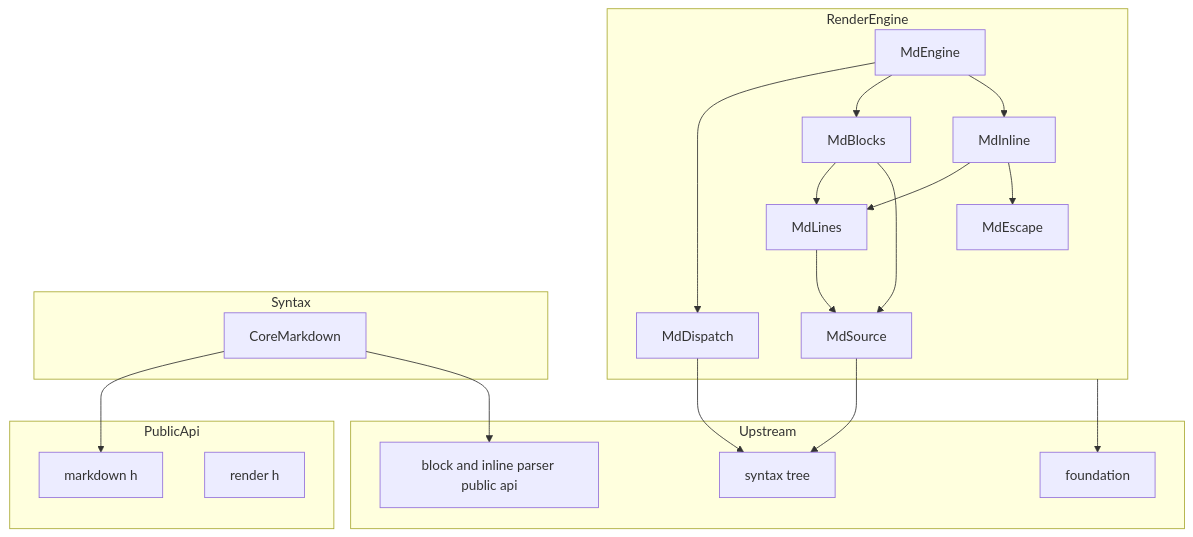
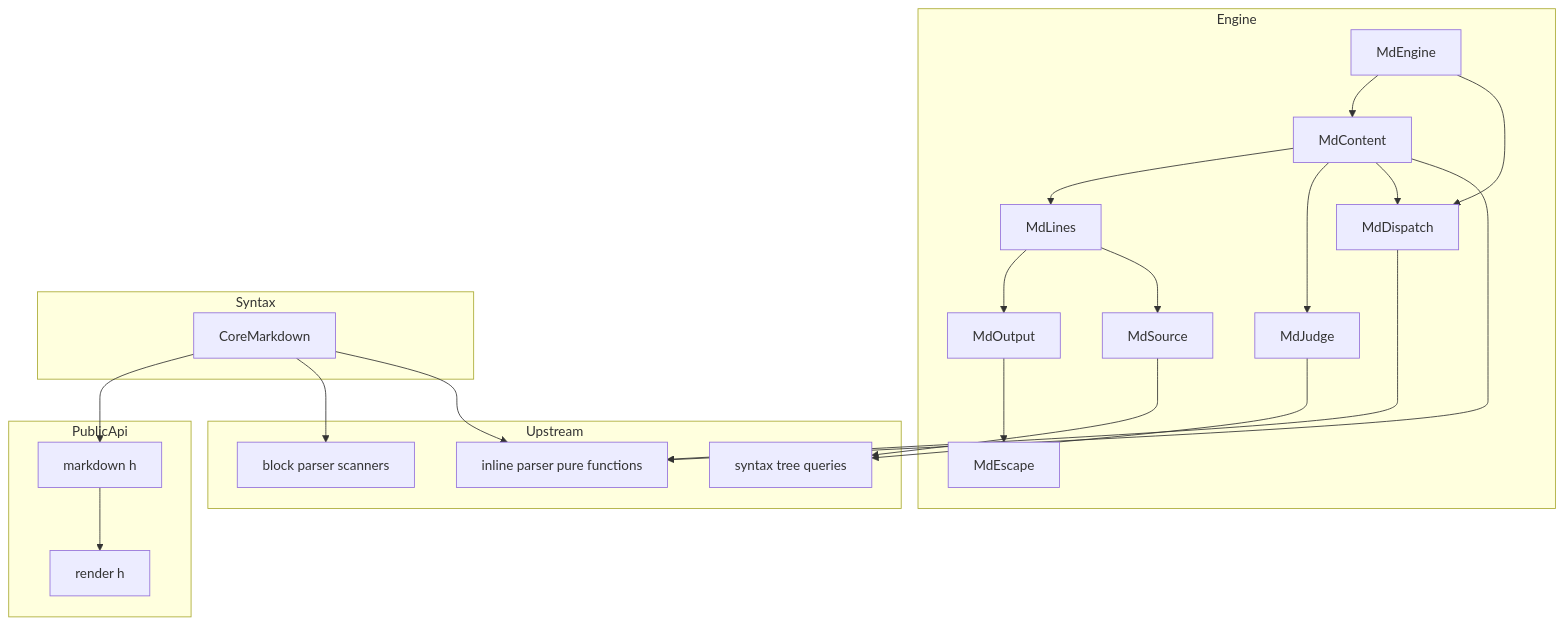
One commit to ktdevx/amark-private2 changed the first of 6 diagrams in .kiro/specs/markdown-renderer/design.md. Above: the diagram before and after it, drawn with Mermaid. The commit also changed other lines of this file and 4 other files, not shown here.

````diff
--- a/.kiro/specs/markdown-renderer/design.md
+++ b/.kiro/specs/markdown-renderer/design.md
@@ -60,37 +73,41 @@
 ```mermaid
 graph TB
     subgraph PublicApi
-        MdHeader[markdown h]
-        RenderHeader[render h]
+        MarkdownH[markdown h]
+        RenderH[render h]
     end
-    subgraph RenderEngine
-        Engine[MdEngine]
+    subgraph Engine
+        Escape[MdEscape]
+        Output[MdOutput]
         Dispatch[MdDispatch]
-        Blocks[MdBlocks]
-        Inline[MdInline]
+        Source[MdSource]
+        Judge[MdJudge]
         Lines[MdLines]
-        Source[MdSource]
-        Escape[MdEscape]
+        Content[MdContent]
+        Render[MdEngine]
     end
     subgraph Syntax
-        Core[CoreMarkdown]
+        CoreMd[CoreMarkdown]
     end
     subgraph Upstream
-        Tree[syntax tree]
-        Parsers[block and inline parser public api]
-        Base[foundation]
+        Tree[syntax tree queries]
+        InlineFns[inline parser pure functions]
+        Scan[block parser scanners]
     end
-    Engine --> Dispatch
-    Engine --> Blocks
-    Engine --> Inline
-    Blocks --> Lines
-    Inline --> Lines
-    Inline --> Escape
+    Output --> Escape
+    Dispatch --> InlineFns
+    Source --> Tree
+    Judge --> Tree
+    Lines --> Output
     Lines --> Source
-    Blocks --> Source
-    Dispatch --> Tree
-    Source --> Tree
-    Core --> MdHeader
-    Core --> Parsers
-    RenderEngine --> Base
+    Content --> Lines
+    Content --> Judge
+    Content --> Dispatch
+    Content --> InlineFns
+    Render --> Content
+    Render --> Dispatch
+    CoreMd --> MarkdownH
+    CoreMd --> Scan
+    CoreMd --> InlineFns
+    MarkdownH --> RenderH
 ```
````
